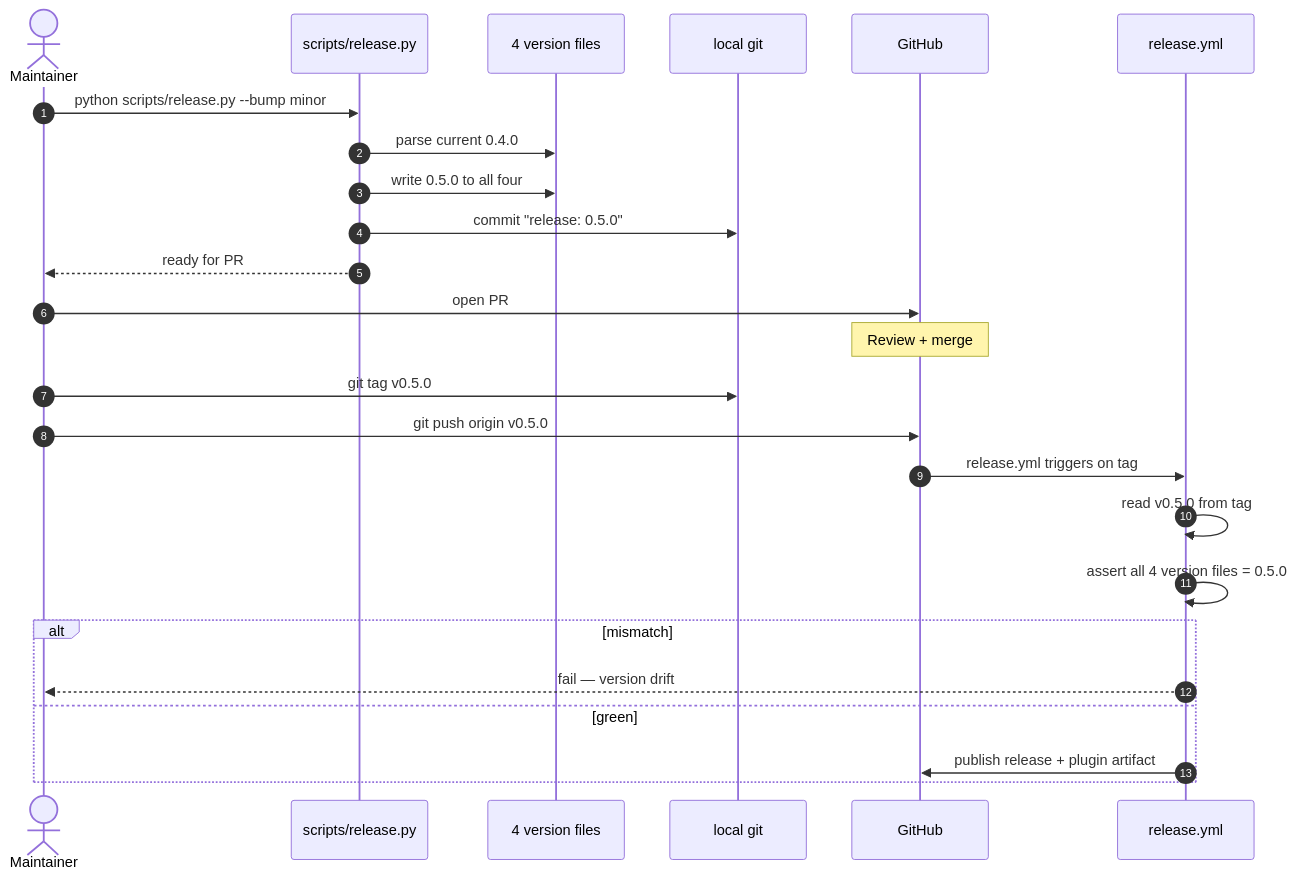
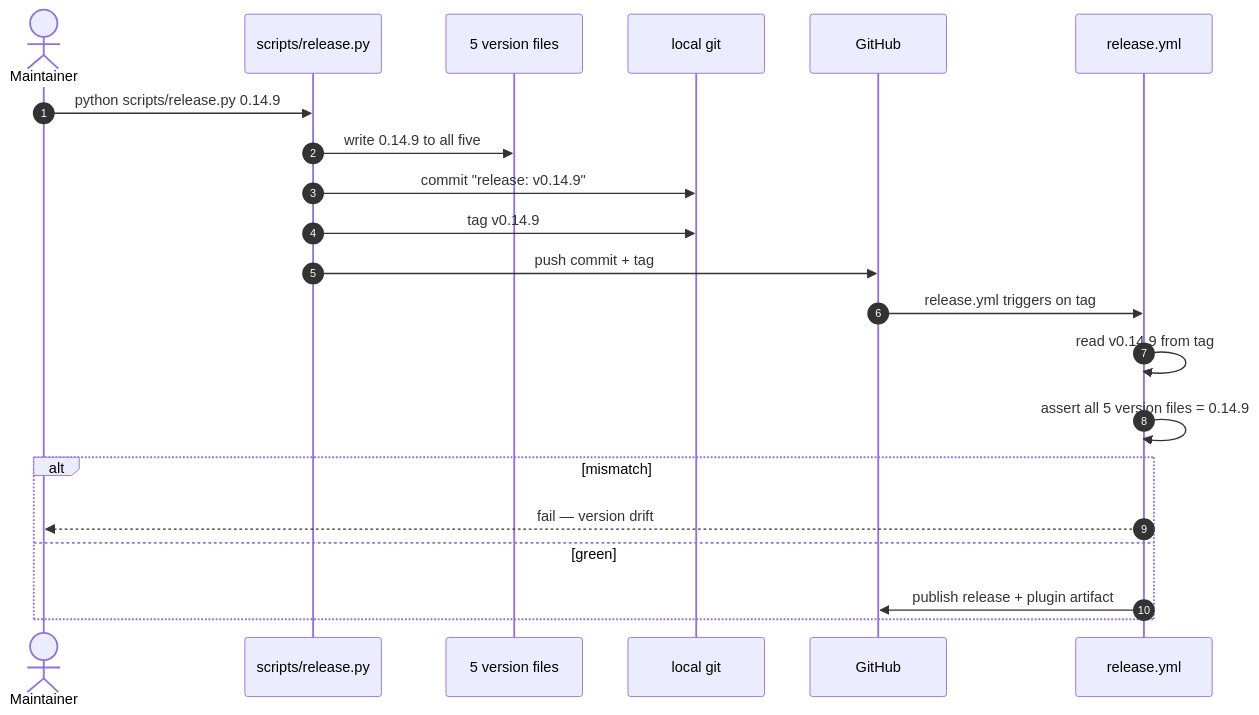
Before and after one commit to msucharda/slz-readiness: the diagram in wiki/docs/deep-dive/release-process.md, drawn with Mermaid. The commit also changed other lines of this file and 39 other files, not shown here.

````diff
--- a/wiki/docs/deep-dive/release-process.md
+++ b/wiki/docs/deep-dive/release-process.md
@@ -26,28 +27,24 @@
 ```mermaid
 sequenceDiagram
     autonumber
     actor Maint as Maintainer
     participant Rel as scripts/release.py
-    participant Files as 4 version files
+    participant Files as 5 version files
     participant Git as local git
     participant GH as GitHub
     participant CI as release.yml
 
-    Maint->>Rel: python scripts/release.py --bump minor
-    Rel->>Files: parse current 0.4.0
-    Rel->>Files: write 0.5.0 to all four
-    Rel->>Git: commit "release: 0.5.0"
-    Rel-->>Maint: ready for PR
-    Maint->>GH: open PR
-    Note over GH: Review + merge
-    Maint->>Git: git tag v0.5.0
-    Maint->>GH: git push origin v0.5.0
+    Maint->>Rel: python scripts/release.py 0.14.9
+    Rel->>Files: write 0.14.9 to all five
+    Rel->>Git: commit "release: v0.14.9"
+    Rel->>Git: tag v0.14.9
+    Rel->>GH: push commit + tag
     GH->>CI: release.yml triggers on tag
-    CI->>CI: read v0.5.0 from tag
-    CI->>CI: assert all 4 version files = 0.5.0
+    CI->>CI: read v0.14.9 from tag
+    CI->>CI: assert all 5 version files = 0.14.9
     alt mismatch
         CI-->>Maint: fail — version drift
     else green
         CI->>GH: publish release + plugin artifact
     end
 ```
````
